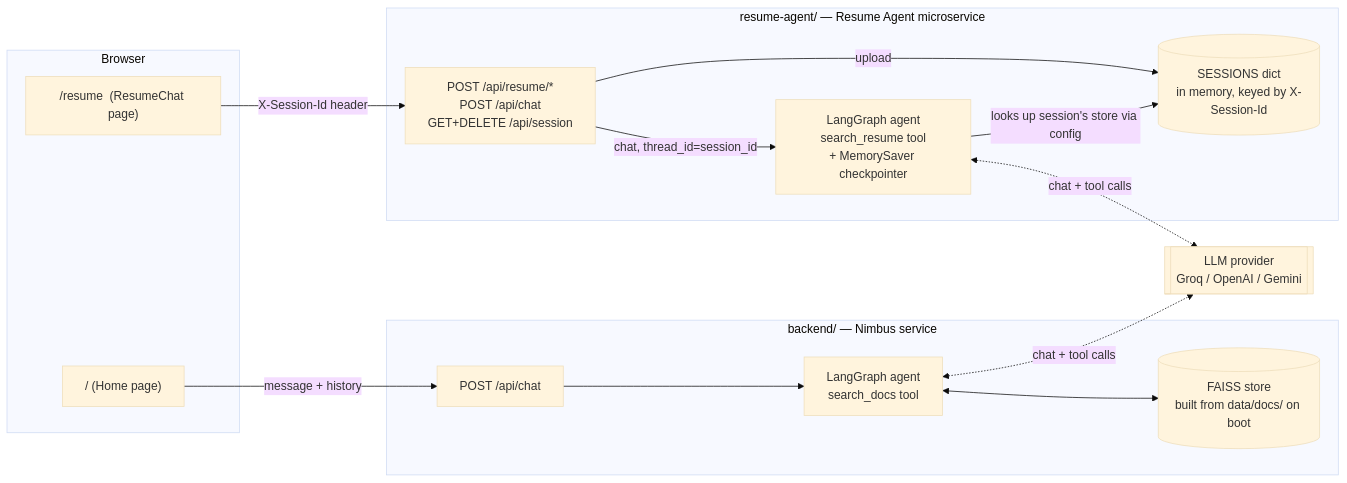
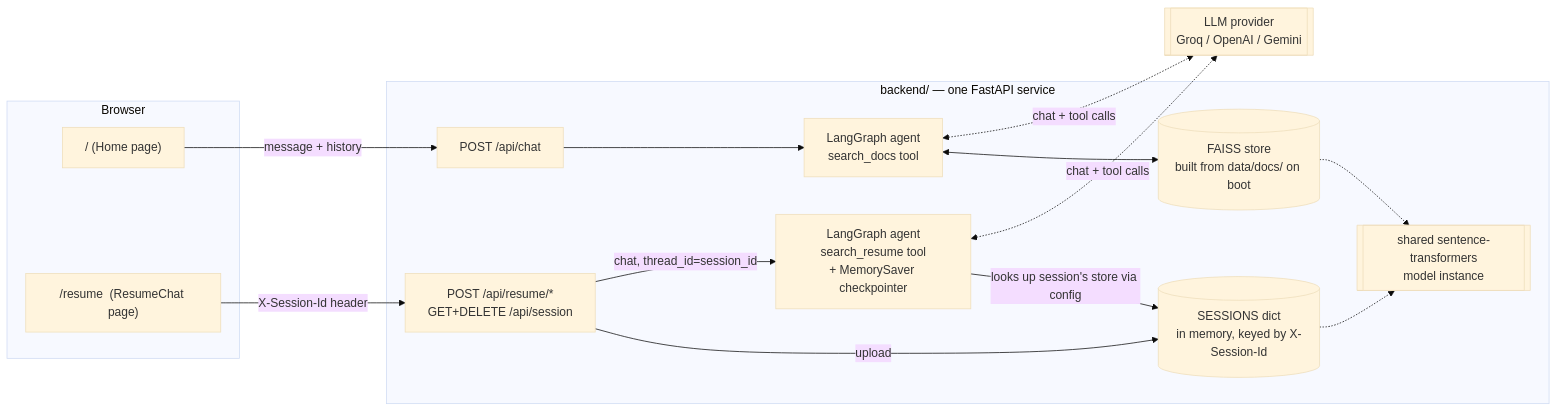
One commit to gvdnikhil/rag-observability-agent changed the first of 3 diagrams in README.md. Above: the diagram before and after it, drawn with Mermaid (base theme). The commit also changed other lines of this file and 26 other files, not shown here.

````diff
--- a/README.md
+++ b/README.md
@@ -26,31 +28,34 @@
 ```mermaid
 flowchart LR
     subgraph Browser
         Home["/  (Home page)"]
         ResumePage["/resume  (ResumeChat page)"]
     end
 
-    subgraph NimbusSvc [backend/ — Nimbus service]
+    subgraph Backend [backend/ — one FastAPI service]
         NimbusAPI[POST /api/chat]
         NimbusAgent[LangGraph agent\nsearch_docs tool]
         NimbusStore[(FAISS store\nbuilt from data/docs/ on boot)]
-    end
 
-    subgraph ResumeSvc [resume-agent/ — Resume Agent microservice]
-        ResumeAPI[POST /api/resume/*\nPOST /api/chat\nGET+DELETE /api/session]
+        ResumeAPI[POST /api/resume/*\nGET+DELETE /api/session]
         Sessions[(SESSIONS dict\nin memory, keyed by X-Session-Id)]
         ResumeAgent[LangGraph agent\nsearch_resume tool\n+ MemorySaver checkpointer]
+
+        SharedModel[[shared sentence-transformers\nmodel instance]]
     end
 
     LLMProvider[[LLM provider\nGroq / OpenAI / Gemini]]
 
     Home -- message + history --> NimbusAPI --> NimbusAgent
     NimbusAgent <--> NimbusStore
     NimbusAgent <-. chat + tool calls .-> LLMProvider
 
     ResumePage -- "X-Session-Id header" --> ResumeAPI
     ResumeAPI -- upload --> Sessions
     ResumeAPI -- chat, thread_id=session_id --> ResumeAgent
     ResumeAgent -- looks up session's store via config --> Sessions
     ResumeAgent <-. chat + tool calls .-> LLMProvider
+
+    NimbusStore -.-> SharedModel
+    Sessions -.-> SharedModel
 ```
````
